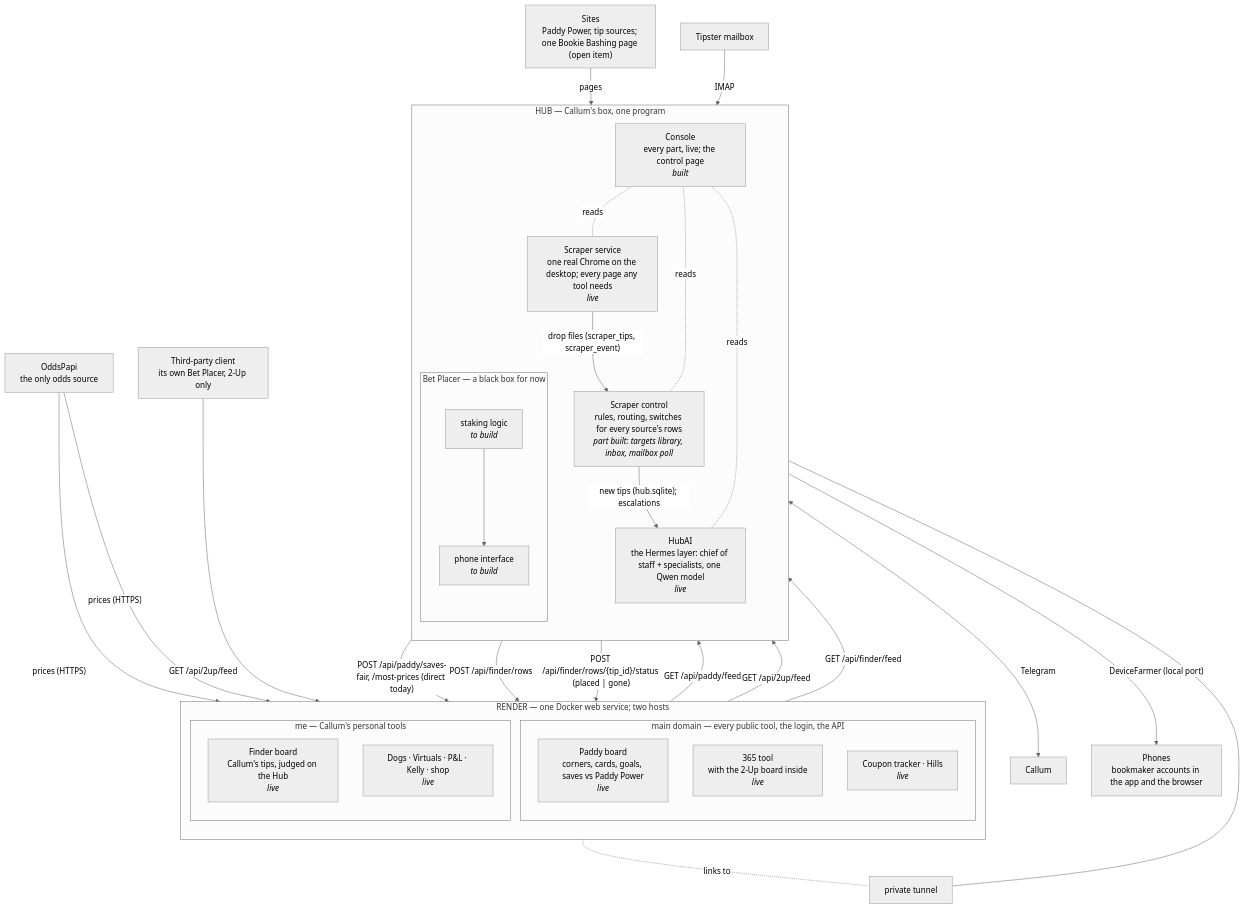
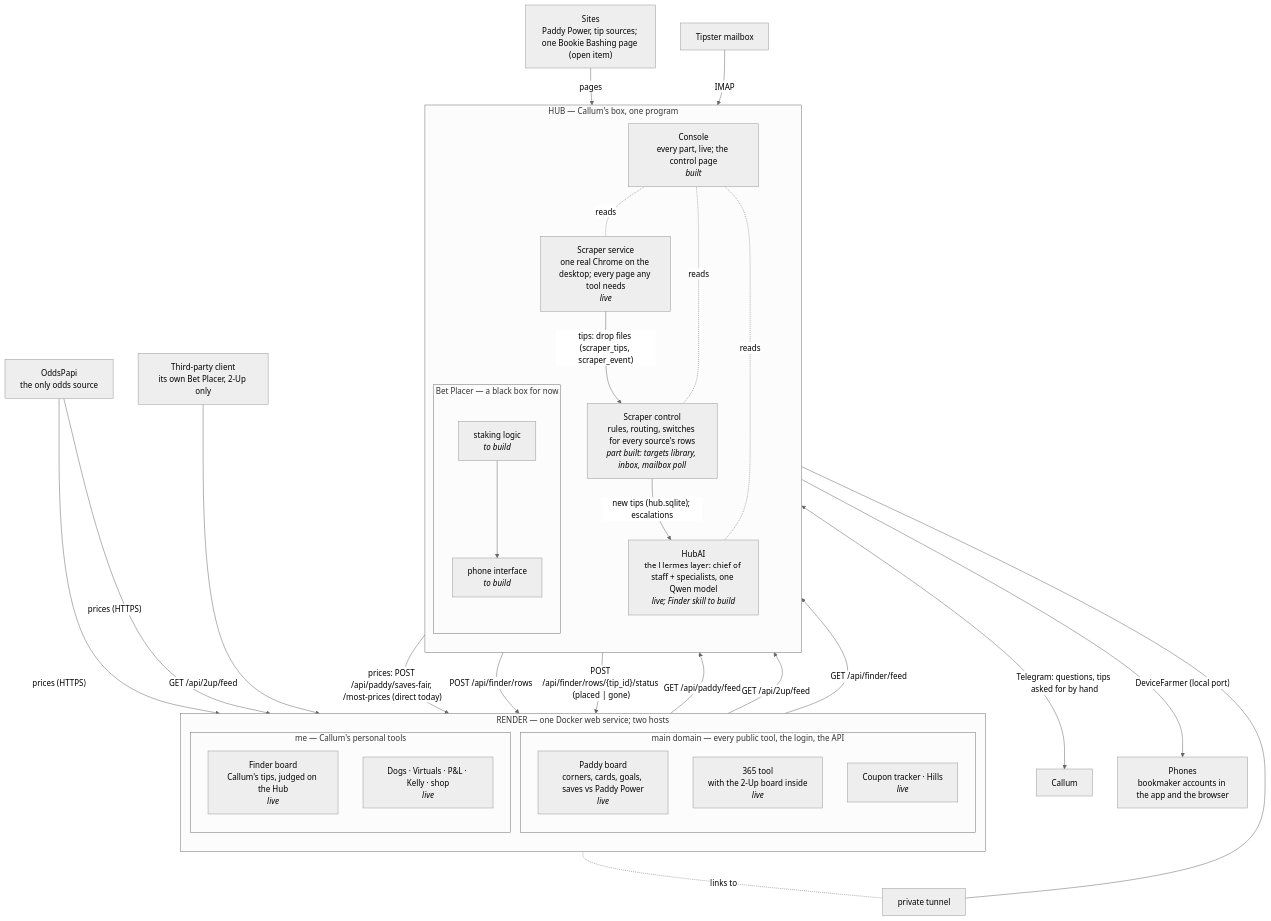
Before and after one commit to CMclarty/puntmore: the diagram in docs/architecture.md, drawn with Mermaid (neutral theme). The commit also changed other lines of this file and 17 other files, not shown here.

First line of the commit message:
register: the vocabulary and HubAI's Finder skill; the docs follow

````diff
--- a/docs/architecture.md
+++ b/docs/architecture.md
@@ -14,51 +14,51 @@
 ```mermaid
 flowchart TB
   subgraph RENDER["RENDER — one Docker web service; two hosts"]
     direction TB
     subgraph MAIN["main domain — every public tool, the login, the API"]
       PADDY["Paddy board<br/>corners, cards, goals, saves vs Paddy Power<br/><i>live</i>"]
       T365["365 tool<br/>with the 2-Up board inside<br/><i>live</i>"]
       PUB["Coupon tracker · Hills<br/><i>live</i>"]
     end
     subgraph ME["me — Callum's personal tools"]
       FINDER["Finder board<br/>Callum's tips, judged on the Hub<br/><i>live</i>"]
       PERS["Dogs · Virtuals · P&amp;L · Kelly · shop<br/><i>live</i>"]
     end
   end
 
   ODDS["OddsPapi<br/>the only odds source"] -- "prices (HTTPS)" --> PADDY
   ODDS -- "prices (HTTPS)" --> T365
 
   subgraph HUB["HUB — Callum's box, one program"]
     direction TB
     SVC["Scraper service<br/>one real Chrome on the desktop; every page any tool needs<br/><i>live</i>"]
     CTRL["Scraper control<br/>rules, routing, switches for every source's rows<br/><i>part built: targets library, inbox, mailbox poll</i>"]
-    HUBAI["HubAI<br/>the Hermes layer: chief of staff + specialists, one Qwen model<br/><i>live</i>"]
+    HUBAI["HubAI<br/>the Hermes layer: chief of staff + specialists, one Qwen model<br/><i>live; Finder skill to build</i>"]
     subgraph PLACER["Bet Placer — a black box for now"]
       STAKE["staking logic<br/><i>to build</i>"]
       PHONEIF["phone interface<br/><i>to build</i>"]
     end
     CONSOLE["Console<br/>every part, live; the control page<br/><i>built</i>"]
   end
 
   SITES["Sites<br/>Paddy Power, tip sources; one Bookie Bashing page (open item)"] -- "pages" --> SVC
   MAILBOX["Tipster mailbox"] -- "IMAP" --> CTRL
-  SVC -- "drop files (scraper_tips, scraper_event)" --> CTRL
-  SVC -- "POST /api/paddy/saves-fair, /most-prices (direct today)" --> PADDY
+  SVC -- "tips: drop files (scraper_tips, scraper_event)" --> CTRL
+  SVC -- "prices: POST /api/paddy/saves-fair, /most-prices (direct today)" --> PADDY
   CTRL -- "new tips (hub.sqlite); escalations" --> HUBAI
   HUBAI -- "POST /api/finder/rows" --> FINDER
-  HUBAI <-->|Telegram| CALLUM["Callum"]
+  HUBAI <-->|"Telegram: questions, tips asked for by hand"| CALLUM["Callum"]
   PADDY -- "GET /api/paddy/feed" --> STAKE
   T365 -- "GET /api/2up/feed" --> STAKE
   FINDER -- "GET /api/finder/feed" --> STAKE
   STAKE --> PHONEIF
   PHONEIF -- "DeviceFarmer (local port)" --> PHONES["Phones<br/>bookmaker accounts in the app and the browser"]
   PLACER -- "POST /api/finder/rows/{tip_id}/status (placed | gone)" --> FINDER
   CONSOLE -. "reads" .- SVC
   CONSOLE -. "reads" .- CTRL
   CONSOLE -. "reads" .- HUBAI
   TUNNEL["private tunnel"] --- CONSOLE
   ME -. "links to" .- TUNNEL
 
   THIRD["Third-party client<br/>its own Bet Placer, 2-Up only"] -- "GET /api/2up/feed" --> T365
 ```
````
